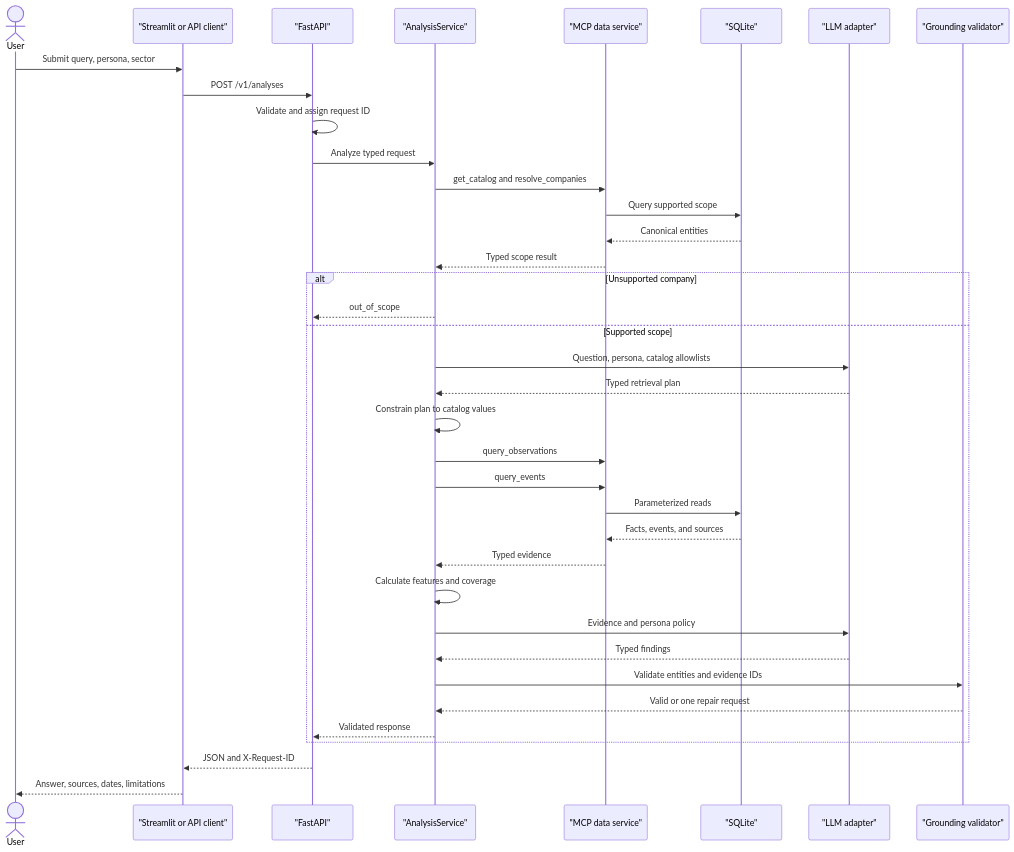
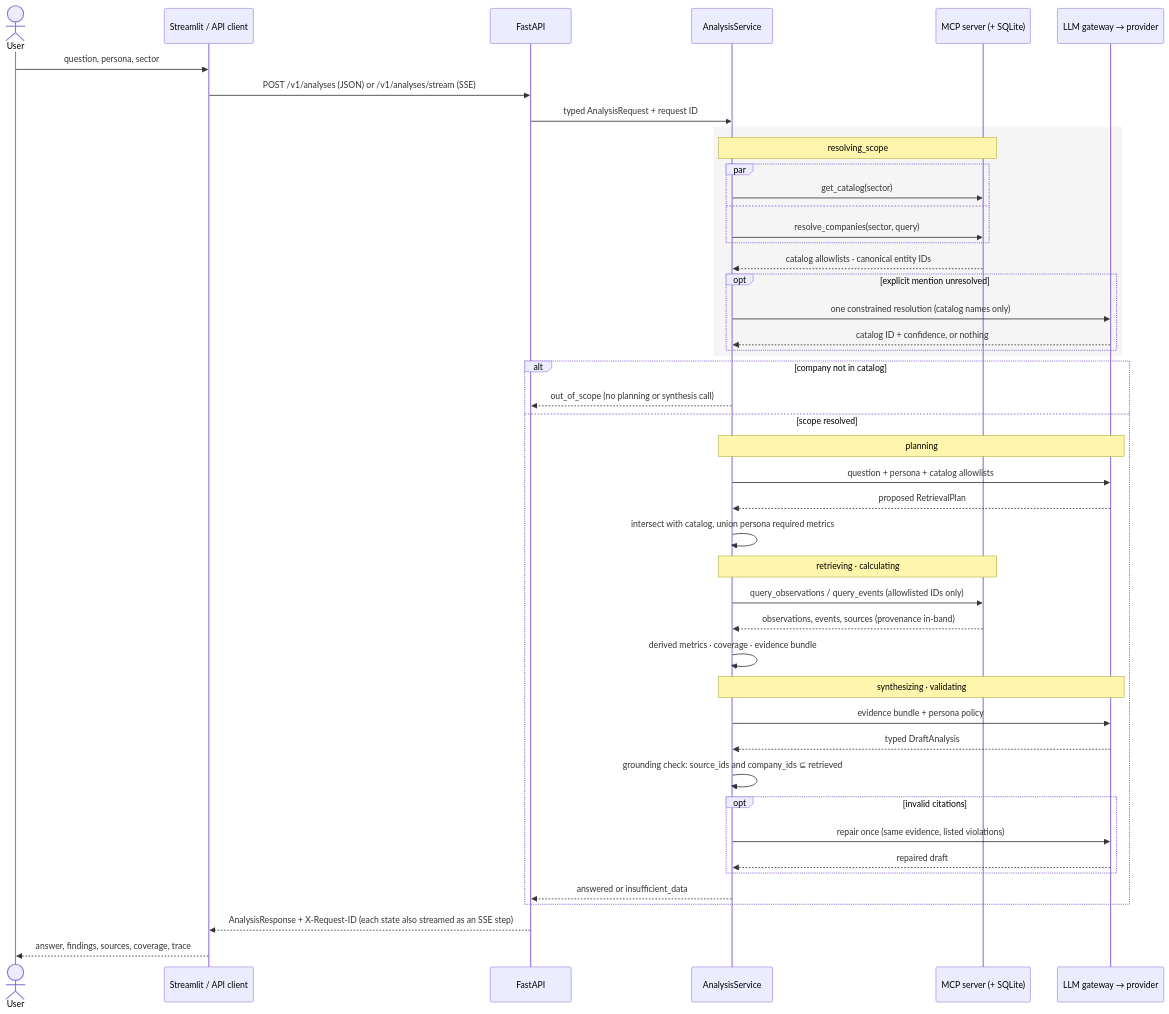
The diagram in docs/diagrams/api-sequence.mmd (salujajaskeerat/FinAgent), drawn with Mermaid before and after one commit. The commit also changed 3 other files, not shown here.

First line of the commit message:
docs: consolidate diagrams with the shipped workflow

```diff
--- a/docs/diagrams/api-sequence.mmd
+++ b/docs/diagrams/api-sequence.mmd
@@ -1,41 +1,52 @@
 sequenceDiagram
     actor User
-    participant Client as "Streamlit or API client"
-    participant API as "FastAPI"
-    participant Agent as "AnalysisService"
-    participant MCP as "MCP data service"
-    participant DB as "SQLite"
-    participant LLM as "LLM adapter"
-    participant Validator as "Grounding validator"
+    participant Client as Streamlit / API client
+    participant API as FastAPI
+    participant Agent as AnalysisService
+    participant MCP as MCP server (+ SQLite)
+    participant LLM as LLM gateway → provider
 
-    User->>Client: Submit query, persona, sector
-    Client->>API: POST /v1/analyses
-    API->>API: Validate and assign request ID
-    API->>Agent: Analyze typed request
+    User->>Client: question, persona, sector
+    Client->>API: POST /v1/analyses (JSON) or /v1/analyses/stream (SSE)
+    API->>Agent: typed AnalysisRequest + request ID
 
-    Agent->>MCP: get_catalog and resolve_companies
-    MCP->>DB: Query supported scope
-    DB-->>MCP: Canonical entities
-    MCP-->>Agent: Typed scope result
-
-    alt Unsupported company
-        Agent-->>API: out_of_scope
-    else Supported scope
-        Agent->>LLM: Question, persona, catalog allowlists
-        LLM-->>Agent: Typed retrieval plan
-        Agent->>Agent: Constrain plan to catalog values
-        Agent->>MCP: query_observations
-        Agent->>MCP: query_events
-        MCP->>DB: Parameterized reads
-        DB-->>MCP: Facts, events, and sources
-        MCP-->>Agent: Typed evidence
-        Agent->>Agent: Calculate features and coverage
-        Agent->>LLM: Evidence and persona policy
-        LLM-->>Agent: Typed findings
-        Agent->>Validator: Validate entities and evidence IDs
-        Validator-->>Agent: Valid or one repair request
-        Agent-->>API: Validated response
+    rect rgb(245,245,245)
+        note over Agent,MCP: resolving_scope
+        par
+            Agent->>MCP: get_catalog(sector)
+        and
+            Agent->>MCP: resolve_companies(sector, query)
+        end
+        MCP-->>Agent: catalog allowlists · canonical entity IDs
+        opt explicit mention unresolved
+            Agent->>LLM: one constrained resolution (catalog names only)
+            LLM-->>Agent: catalog ID + confidence, or nothing
+        end
     end
 
-    API-->>Client: JSON and X-Request-ID
-    Client-->>User: Answer, sources, dates, limitations
+    alt company not in catalog
+        Agent-->>API: out_of_scope (no planning or synthesis call)
+    else scope resolved
+        note over Agent,LLM: planning
+        Agent->>LLM: question + persona + catalog allowlists
+        LLM-->>Agent: proposed RetrievalPlan
+        Agent->>Agent: intersect with catalog, union persona required metrics
+
+        note over Agent,MCP: retrieving · calculating
+        Agent->>MCP: query_observations / query_events (allowlisted IDs only)
+        MCP-->>Agent: observations, events, sources (provenance in-band)
+        Agent->>Agent: derived metrics · coverage · evidence bundle
+
+        note over Agent,LLM: synthesizing · validating
+        Agent->>LLM: evidence bundle + persona policy
+        LLM-->>Agent: typed DraftAnalysis
+        Agent->>Agent: grounding check: source_ids and company_ids ⊆ retrieved
+        opt invalid citations
+            Agent->>LLM: repair once (same evidence, listed violations)
+            LLM-->>Agent: repaired draft
+        end
+        Agent-->>API: answered or insufficient_data
+    end
+
+    API-->>Client: AnalysisResponse + X-Request-ID (each state also streamed as an SSE step)
+    Client-->>User: answer, findings, sources, coverage, trace
```
